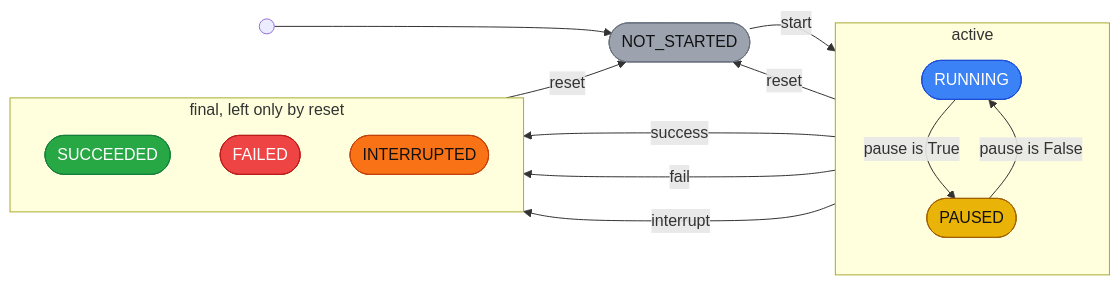
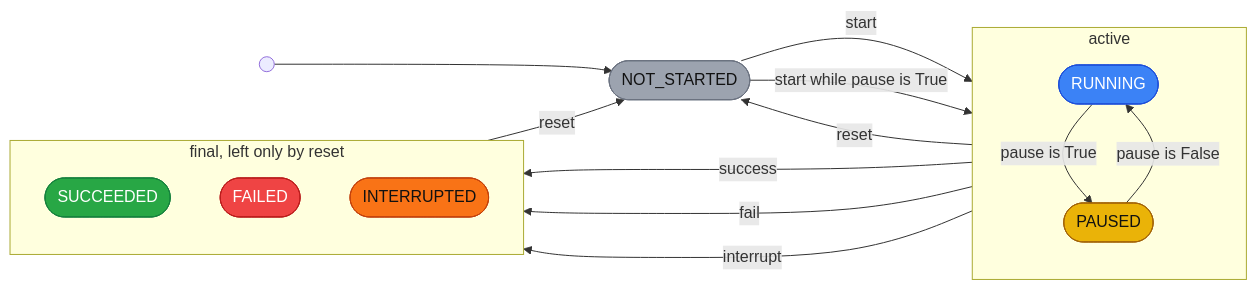
The first of 11 diagrams in giskardpy/doc/motion_statecharts.md (Tigul/cognitive_robot_abstract_machine), drawn with Mermaid before and after one commit. The commit also changed other lines of this file and 12 other files, not shown here.

````diff
--- a/giskardpy/doc/motion_statecharts.md
+++ b/giskardpy/doc/motion_statecharts.md
@@ -78,34 +78,35 @@
 ```{mermaid}
 flowchart LR
     entry(( )) --> NS([NOT_STARTED])
     NS -- start --> R
+    NS -- "start while pause is True" --> P
     subgraph active ["active"]
         direction TB
         R([RUNNING]) -- "pause is True" --> P([PAUSED])
         P -- "pause is False" --> R
     end
     subgraph ended ["final, left only by reset"]
         direction TB
         S([SUCCEEDED])
         F([FAILED])
         I([INTERRUPTED])
     end
     active -- success --> S
     active -- fail --> F
     active -- interrupt --> I
     ended -- reset --> NS
     active -- reset --> NS
 
     classDef notStarted fill:#9CA3AF,stroke:#6B7280,color:#111111
     classDef running fill:#3B82F6,stroke:#1D4ED8,color:#FFFFFF
     classDef paused fill:#EAB308,stroke:#A16207,color:#111111
     classDef succeeded fill:#28A745,stroke:#15803D,color:#FFFFFF
     classDef failed fill:#EF4444,stroke:#B91C1C,color:#FFFFFF
     classDef interrupted fill:#F97316,stroke:#C2410C,color:#111111
     class NS notStarted
     class R running
     class P paused
     class S succeeded
     class F failed
     class I interrupted
 ```
````
